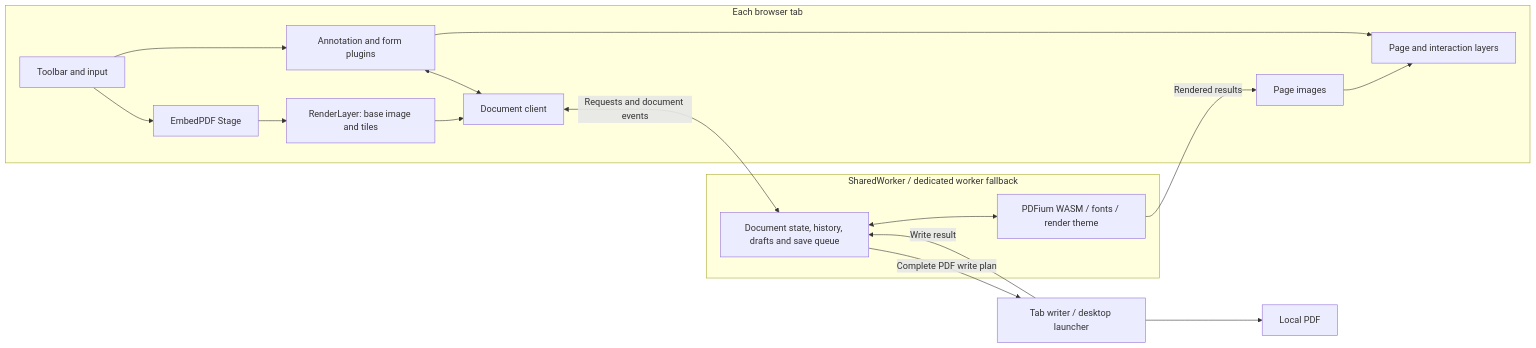
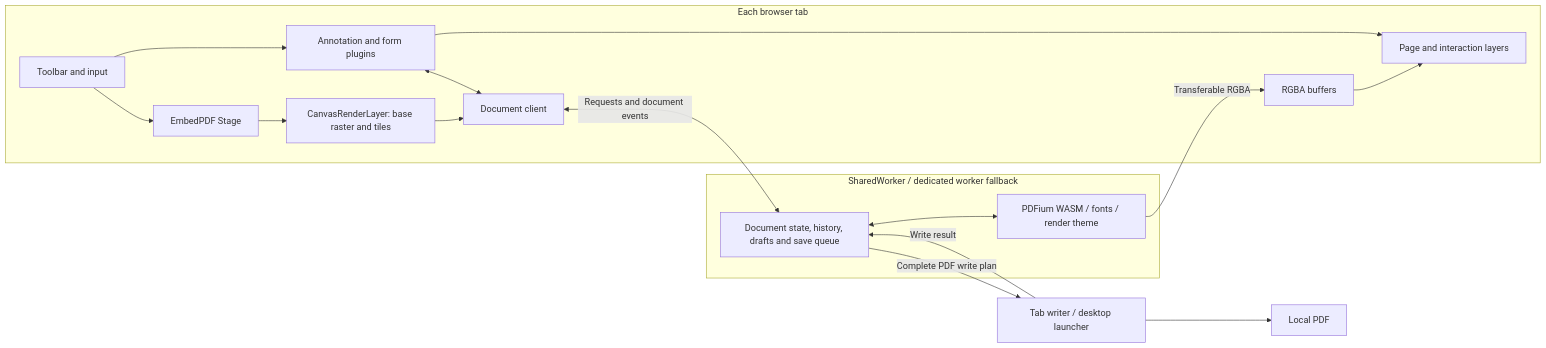
One commit to jay-waves/pdf.ts changed the diagram in README.md. Above: the diagram before and after it, drawn with Mermaid. The commit also changed other lines of this file and 40 other files, not shown here.

````diff
--- a/README.md
+++ b/README.md
@@ -116,22 +168,22 @@
 ```mermaid
 flowchart LR
   subgraph Tab[Each browser tab]
     UI[Toolbar and input] --> Stage[EmbedPDF Stage]
-    Stage --> Render[RenderLayer: base image and tiles]
+    Stage --> Render[CanvasRenderLayer: base raster and tiles]
     UI --> Plugins[Annotation and form plugins]
     Render --> Client[Document client]
     Plugins <--> Client
-    Images[Page images] --> View[Page and interaction layers]
+    Images[RGBA buffers] --> View[Page and interaction layers]
     Plugins --> View
   end
   subgraph Worker[SharedWorker / dedicated worker fallback]
     Host[Document state, history, drafts and save queue]
     Engine[PDFium WASM / fonts / render theme]
     Host <--> Engine
   end
   Client <-->|Requests and document events| Host
-  Engine -->|Rendered results| Images
+  Engine -->|Transferable RGBA| Images
   Host -->|Complete PDF write plan| Writer[Tab writer / desktop launcher]
   Writer --> File[Local PDF]
   Writer -->|Write result| Host
 ```
````
